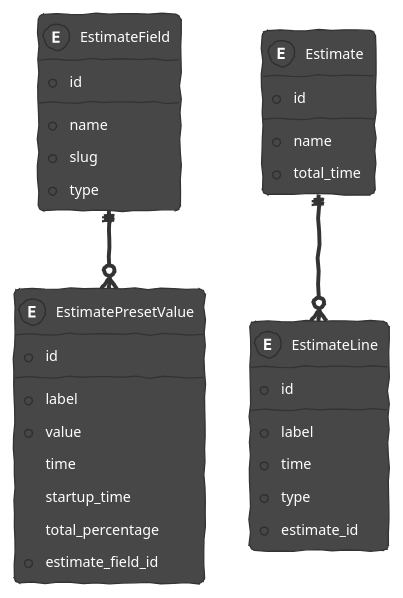
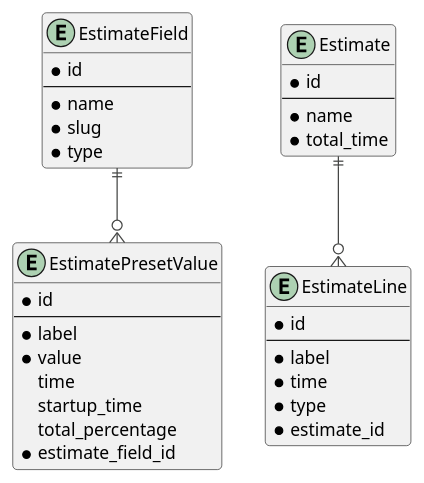
One commit to GaelleBriet/Laravel-Vue.js-2 changed the diagram in docs/diagramme/diagramme-barker's.puml. Above: the diagram before and after it, drawn with PlantUML. The commit also changed 3 other files, not shown here.

```diff
--- a/docs/diagramme/diagramme-barker's.puml
+++ b/docs/diagramme/diagramme-barker's.puml
@@ -1,42 +1,42 @@
 @startuml Estimato'r
-!theme sketchy
+!theme vibrant
 
 entity EstimateField {
   *id
   --
   *name
   *slug
   *type
 }
 
 entity EstimatePresetValue {
   *id
   --
   *label
   *value
   time
   startup_time
   total_percentage
   *estimate_field_id
 }
 
 entity Estimate {
   *id
   --
   *name
   *total_time
 }
 
 entity EstimateLine {
   *id
   --
   *label
   *time
   *type
   *estimate_id
 }
 
 Estimate ||--o{ EstimateLine
 EstimateField ||--o{  EstimatePresetValue
 
 @enduml
```
